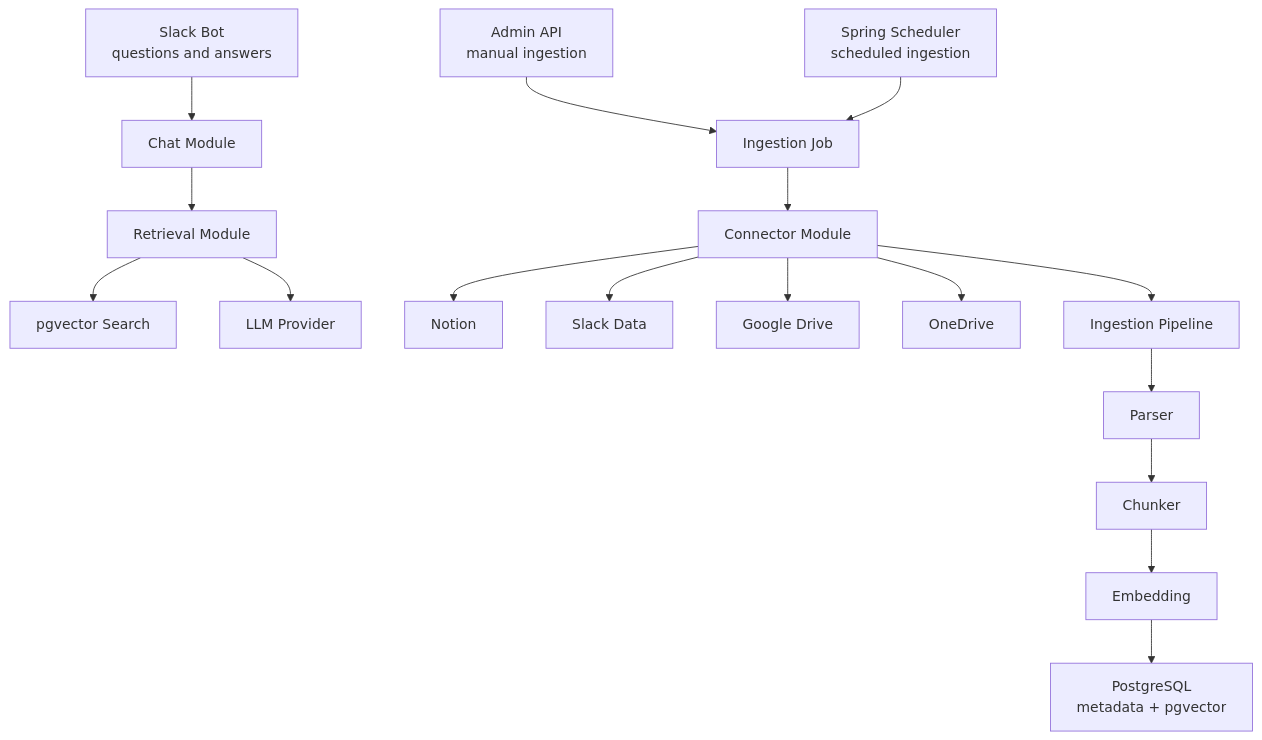
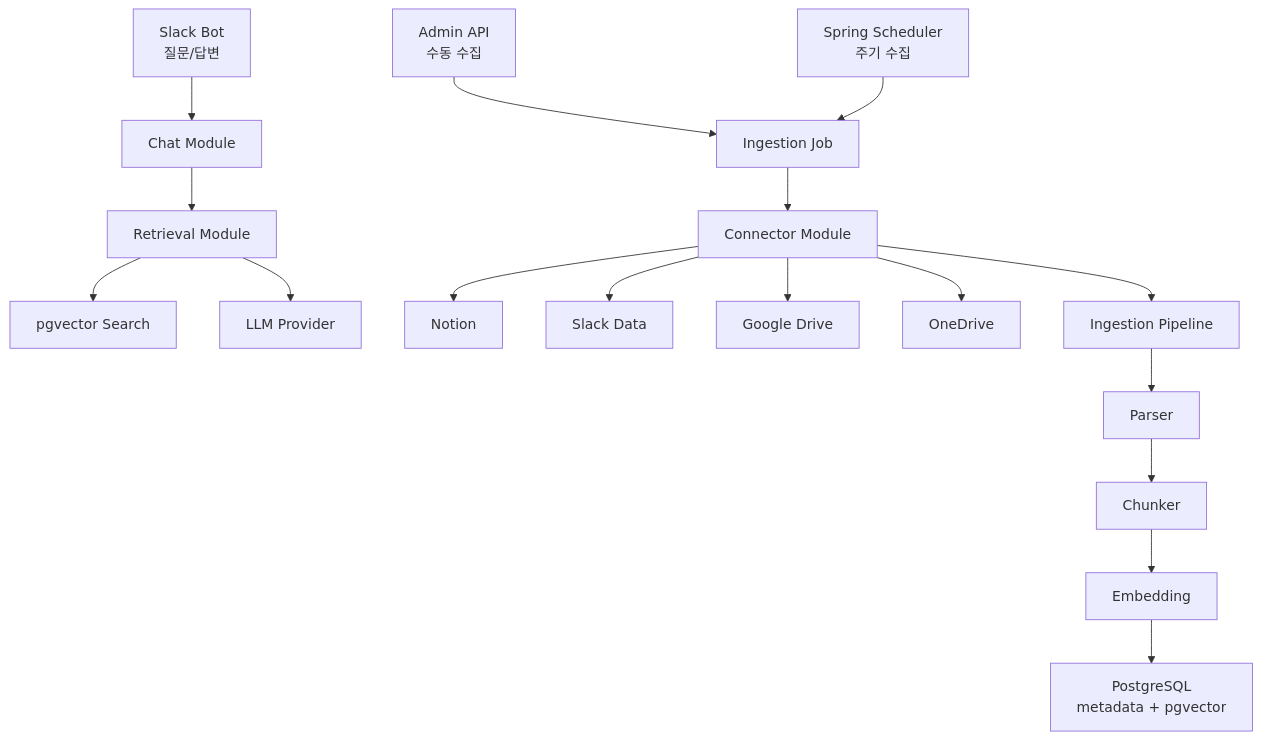
Before and after one commit to greatbooms/my-data-slack-chat: the first of 4 diagrams in docs/superpowers/specs/2026-06-17-my-data-rag-chatbot-design.md, drawn with Mermaid. The commit also changed other lines of this file, not shown here.

````diff
--- a/docs/superpowers/specs/2026-06-17-my-data-rag-chatbot-design.md
+++ b/docs/superpowers/specs/2026-06-17-my-data-rag-chatbot-design.md
@@ -43,22 +44,22 @@
 ```mermaid
 flowchart TD
-    SlackChat["Slack Bot<br/>questions and answers"] --> Chat["Chat Module"]
+    SlackChat["Slack Bot<br/>질문/답변"] --> Chat["Chat Module"]
     Chat --> Retrieval["Retrieval Module"]
     Retrieval --> VectorSearch["pgvector Search"]
     Retrieval --> LLM["LLM Provider"]
 
-    Admin["Admin API<br/>manual ingestion"] --> IngestionJob["Ingestion Job"]
-    Scheduler["Spring Scheduler<br/>scheduled ingestion"] --> IngestionJob
+    Admin["Admin API<br/>수동 수집"] --> IngestionJob["Ingestion Job"]
+    Scheduler["Spring Scheduler<br/>주기 수집"] --> IngestionJob
 
     IngestionJob --> Connectors["Connector Module"]
     Connectors --> Notion["Notion"]
     Connectors --> SlackData["Slack Data"]
     Connectors --> GDrive["Google Drive"]
     Connectors --> OneDrive["OneDrive"]
 
     Connectors --> Pipeline["Ingestion Pipeline"]
     Pipeline --> Parser["Parser"]
     Parser --> Chunker["Chunker"]
     Chunker --> Embedding["Embedding"]
     Embedding --> Postgres["PostgreSQL<br/>metadata + pgvector"]
 ```
````
